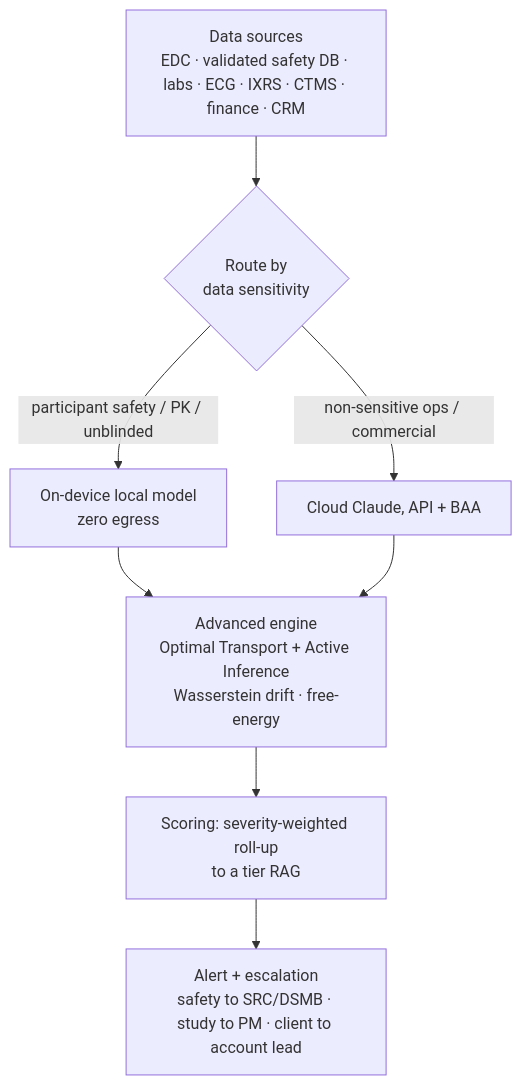
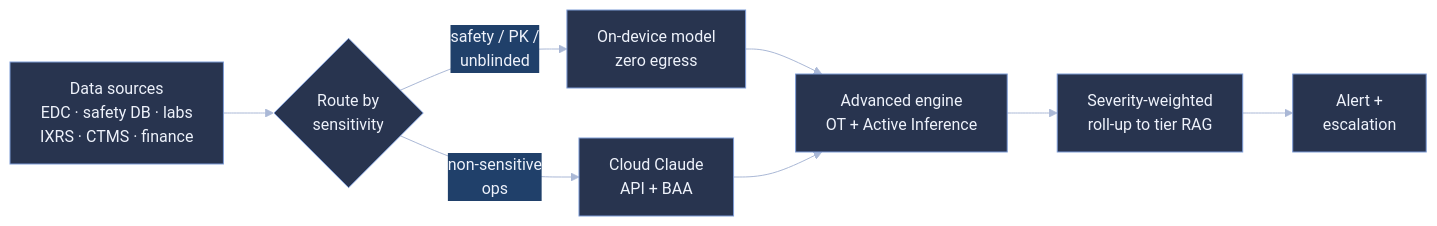
Before and after one commit to patrickiben/biometrics-ai-portfolio: the diagram in risk_monitor/quarto/risk-guide.qmd, drawn with Mermaid. The commit also changed other lines of this file and 45 other files, not shown here.

````diff
--- a/risk_monitor/quarto/risk-guide.qmd
+++ b/risk_monitor/quarto/risk-guide.qmd
@@ -39,10 +46,11 @@
 ```{mermaid}
-flowchart TB
-  SRC[Data sources<br/>EDC · validated safety DB · labs · ECG · IXRS · CTMS · finance · CRM] --> RT{Route by<br/>data sensitivity}
-  RT -->|participant safety / PK / unblinded| LOC[On-device local model<br/>zero egress]
-  RT -->|non-sensitive ops / commercial| CLD[Cloud Claude, API + BAA]
-  LOC --> ADV[Advanced engine<br/>Optimal Transport + Active Inference<br/>Wasserstein drift · free-energy]
+%%{init: {'theme':'base','themeVariables':{'primaryColor':'#28344f','primaryTextColor':'#eef2fb','primaryBorderColor':'#7d9bd6','lineColor':'#aab8d6','clusterBkg':'#161d33','clusterBorder':'#3a476a','tertiaryColor':'#20406a','tertiaryTextColor':'#eef2fb','tertiaryBorderColor':'#7d9bd6','secondaryColor':'#20406a','secondaryTextColor':'#eef2fb'}}}%%
+flowchart LR
+  SRC["Data sources<br/>EDC · safety DB · labs<br/>IXRS · CTMS · finance"] --> RT{"Route by<br/>sensitivity"}
+  RT -->|"safety / PK /<br/>unblinded"| LOC["On-device model<br/>zero egress"]
+  RT -->|"non-sensitive<br/>ops"| CLD["Cloud Claude<br/>API + BAA"]
+  LOC --> ADV["Advanced engine<br/>OT + Active Inference"]
   CLD --> ADV
-  ADV --> SC[Scoring: severity-weighted roll-up<br/>to a tier RAG]
-  SC --> ESC[Alert + escalation<br/>safety to SRC/DSMB · study to PM · client to account lead]
+  ADV --> SC["Severity-weighted<br/>roll-up to tier RAG"]
+  SC --> ESC["Alert +<br/>escalation"]
 ```
````
